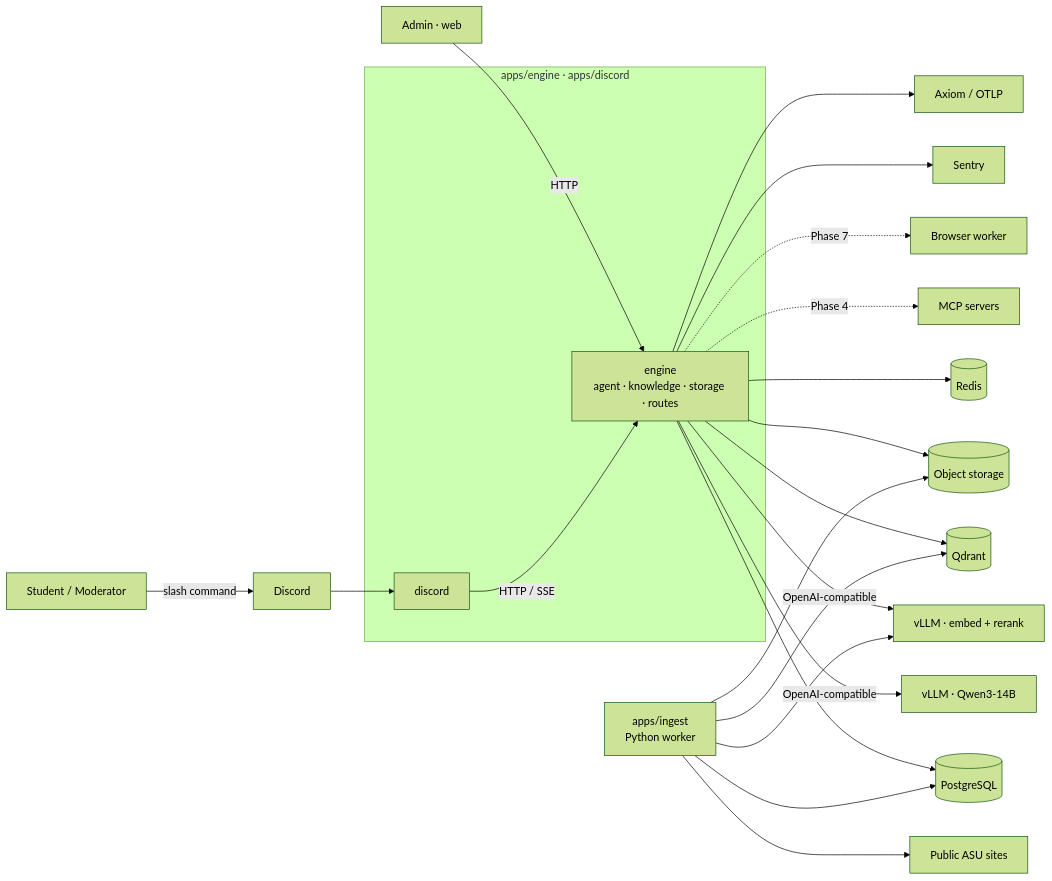
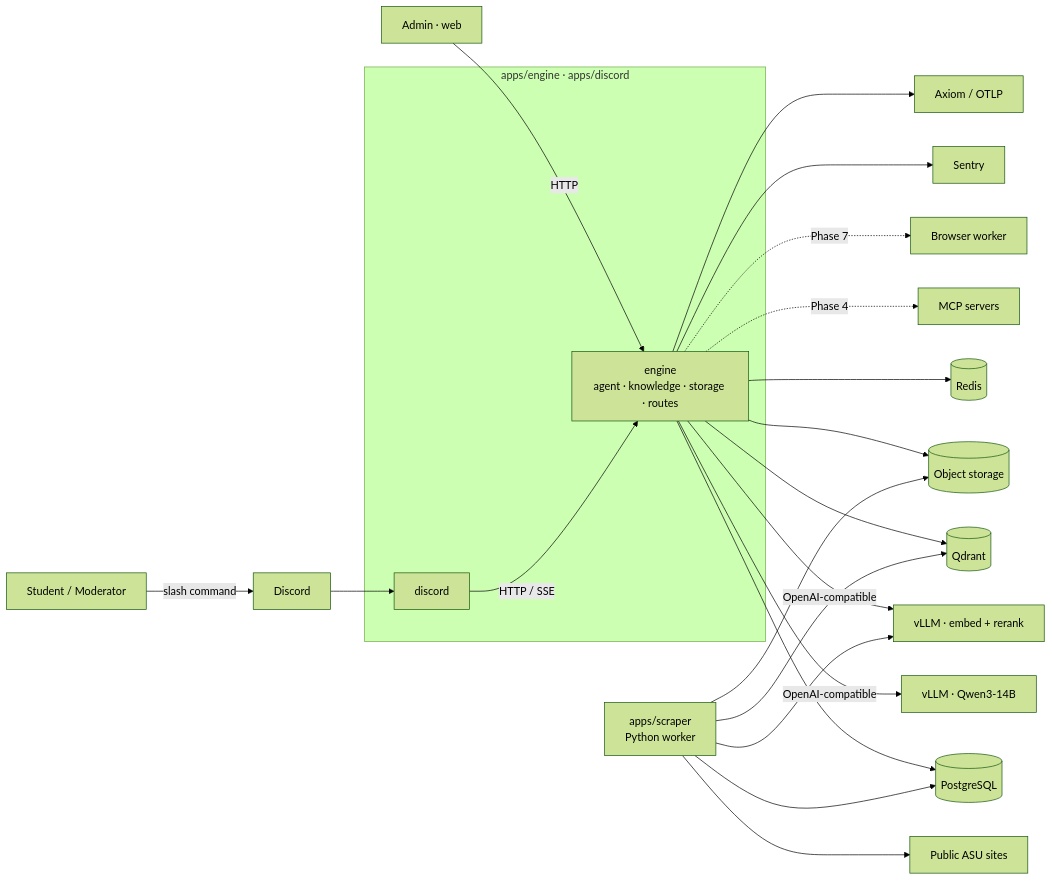
The first of 9 diagrams in docs/ARCHITECTURE.md (ashworks1706/SparkyAI), drawn with Mermaid (forest theme) before and after one commit. The commit also changed other lines of this file and 88 other files, not shown here.

First line of the commit message:
apps/scraper and apps/training; docs sweep

````diff
--- a/docs/ARCHITECTURE.md
+++ b/docs/ARCHITECTURE.md
@@ -11,30 +11,30 @@
 ```mermaid
 flowchart LR
     U[Student / Moderator] -->|slash command| D[Discord]
     A[Admin · web] -->|HTTP| APP
 
     subgraph rust [apps/engine · apps/discord]
         BOT[discord]
         APP[engine<br/>agent · knowledge · storage · routes]
     end
     D --> BOT
     BOT -->|HTTP / SSE| APP
 
     APP -->|OpenAI-compatible| VLLM[vLLM · Qwen3-14B]
     APP -->|OpenAI-compatible| EMB[vLLM · embed + rerank]
     APP --> PG[(PostgreSQL)]
     APP --> RD[(Redis)]
     APP --> QD[(Qdrant)]
     APP --> S3[(Object storage)]
     APP -.->|Phase 4| MCP[MCP servers]
     APP -.->|Phase 7| BW[Browser worker]
 
-    ING[apps/ingest<br/>Python worker] --> WEB[Public ASU sites]
+    ING[apps/scraper<br/>Python worker] --> WEB[Public ASU sites]
     ING --> PG
     ING --> QD
     ING --> S3
     ING --> EMB
 
     APP --> SEN[Sentry]
     APP --> AX[Axiom / OTLP]
 ```
````
